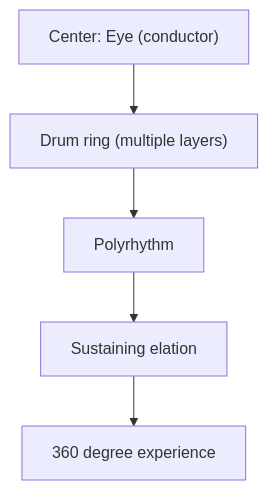
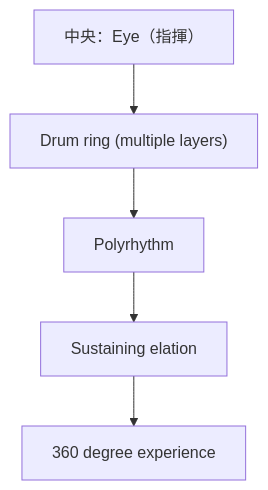
The third of 6 diagrams in en/_posts/2025-12-05-column-boredoms.md (monumental-movement/monumental-movement.github.io), drawn with Mermaid before and after one commit. The commit also changed other lines of this file and 1012 other files, not shown here.

```diff
--- a/en/_posts/2025-12-05-column-boredoms.md
+++ b/en/_posts/2025-12-05-column-boredoms.md
@@ -160,7 +160,7 @@
 <div class="mermaid">
 flowchart TD
-    A["Center: Eye (conductor)"] --> B["Drum ring (multiple layers)"]
+    A["中央：Eye（指揮）"] --> B["Drum ring (multiple layers)"]
     B --> C["Polyrhythm"]
     C --> D["Sustaining elation"]
     D --> E["360 degree experience"]
 </div>
```
